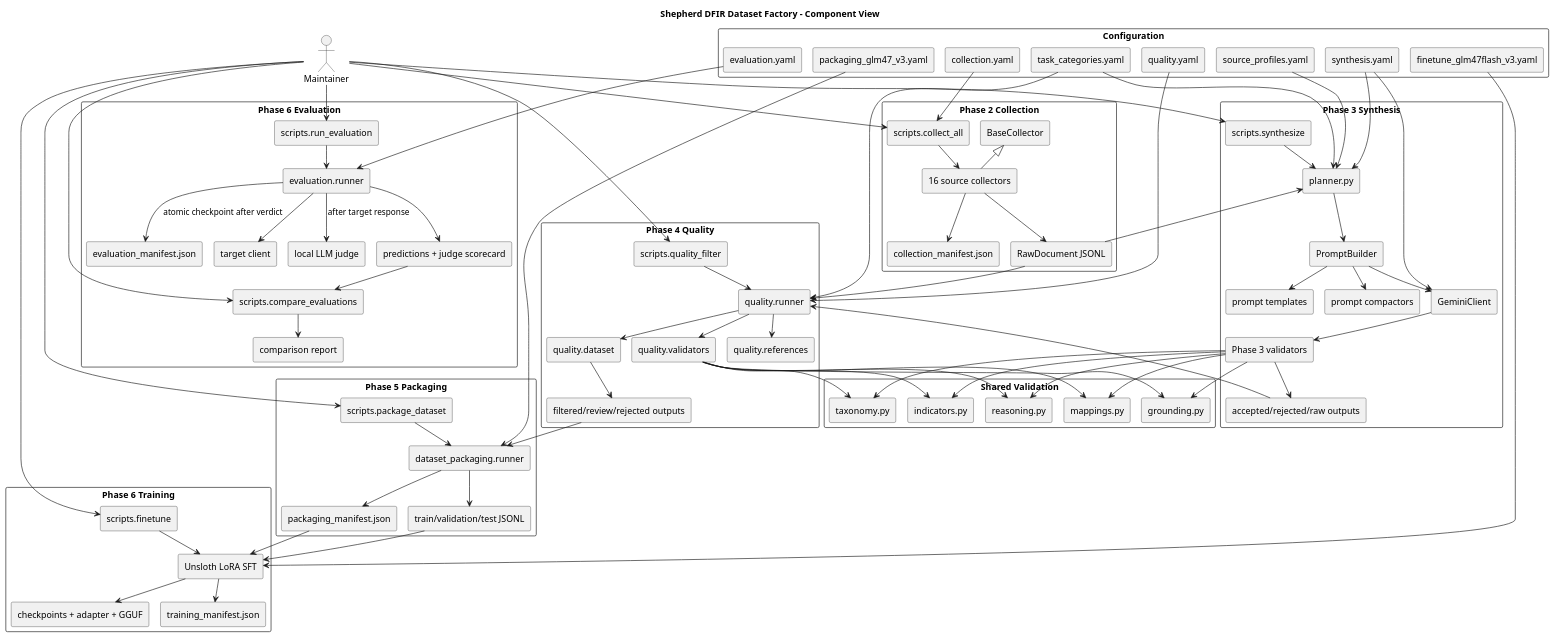
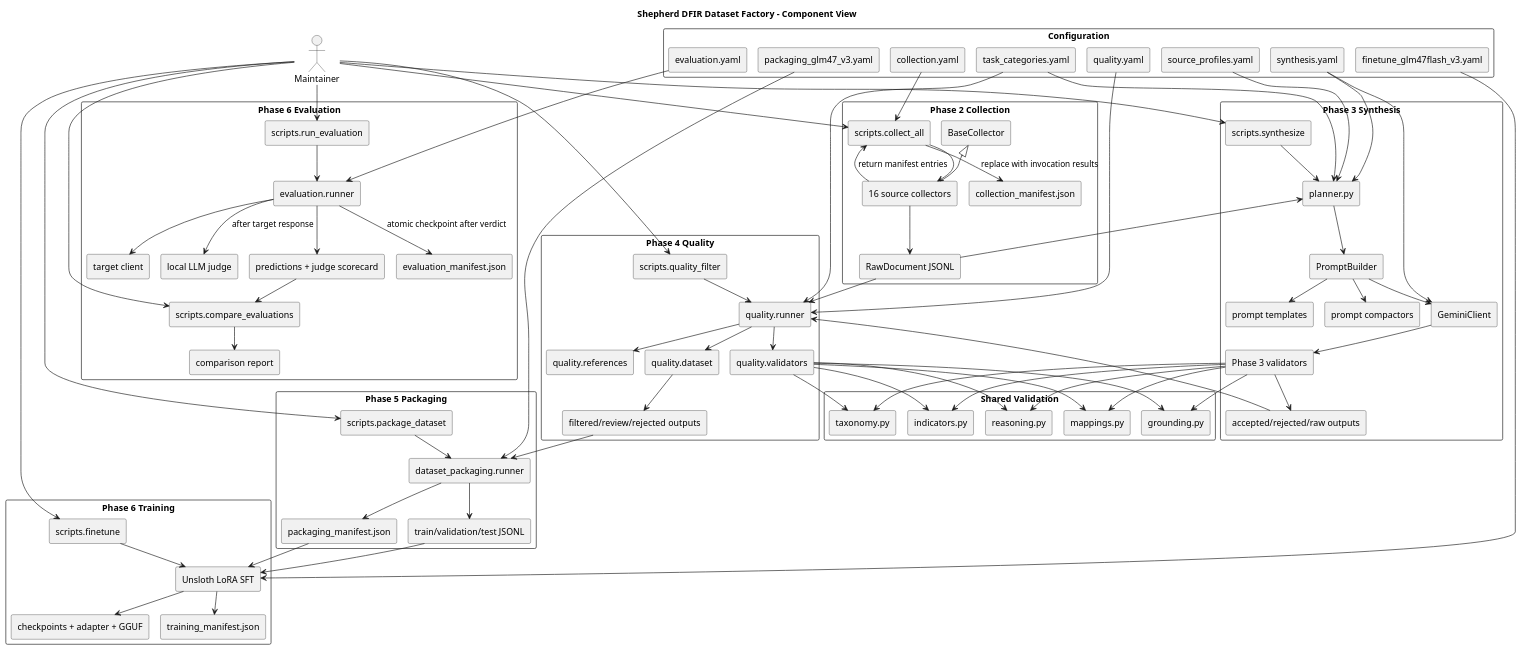
The diagram in docs/diagrams/pipeline-component.puml (darkrelicz/dfir-dataset), drawn with PlantUML before and after one commit. The commit also changed 28 other files, not shown here.

```diff
--- a/docs/diagrams/pipeline-component.puml
+++ b/docs/diagrams/pipeline-component.puml
@@ -1,152 +1,153 @@
 @startuml
 !pragma layout smetana
 title Shepherd DFIR Dataset Factory - Component View
 
 skinparam componentStyle rectangle
 skinparam shadowing false
 skinparam packageStyle rectangle
 
 actor "Maintainer" as Maintainer
 
 package "Configuration" {
   [collection.yaml] as CollectionConfig
   [source_profiles.yaml] as SourceProfiles
   [task_categories.yaml] as TaskConfig
   [synthesis.yaml] as SynthesisConfig
   [quality.yaml] as QualityConfig
   [packaging_glm47_v3.yaml] as PackagingConfig
   [evaluation.yaml] as EvaluationConfig
   [finetune_glm47flash_v3.yaml] as FinetuneConfig
 }
 
 package "Phase 2 Collection" {
   [scripts.collect_all] as CollectCLI
   [BaseCollector] as BaseCollector
   [16 source collectors] as Collectors
   [RawDocument JSONL] as RawJsonl
   [collection_manifest.json] as CollectionManifest
 }
 
 package "Phase 3 Synthesis" {
   [scripts.synthesize] as SynthesizeCLI
   [planner.py] as Planner
   [PromptBuilder] as PromptBuilder
   [prompt templates] as PromptTemplates
   [prompt compactors] as Compactors
   [GeminiClient] as Gemini
   [Phase 3 validators] as SynthValidators
   [accepted/rejected/raw outputs] as SynthOutputs
 }
 
 package "Shared Validation" {
   [reasoning.py] as Reasoning
   [grounding.py] as Grounding
   [indicators.py] as Indicators
   [mappings.py] as Mappings
   [taxonomy.py] as Taxonomy
 }
 
 package "Phase 4 Quality" {
   [scripts.quality_filter] as QualityCLI
   [quality.runner] as QualityRunner
   [quality.validators] as QualityValidators
   [quality.dataset] as DatasetGates
   [quality.references] as References
   [filtered/review/rejected outputs] as QualityOutputs
 }
 
 package "Phase 5 Packaging" {
   [scripts.package_dataset] as PackageCLI
   [dataset_packaging.runner] as Packager
   [train/validation/test JSONL] as PackagedSplits
   [packaging_manifest.json] as PackagingManifest
 }
 
 package "Phase 6 Training" {
   [scripts.finetune] as TrainCLI
   [Unsloth LoRA SFT] as Trainer
   [checkpoints + adapter + GGUF] as ModelArtifacts
   [training_manifest.json] as TrainingManifest
 }
 
 package "Phase 6 Evaluation" {
   [scripts.run_evaluation] as EvaluateCLI
   [evaluation.runner] as EvaluationRunner
   [target client] as TargetClient
   [local LLM judge] as Judge
   [predictions + judge scorecard] as EvaluationOutputs
   [evaluation_manifest.json] as EvaluationManifest
   [scripts.compare_evaluations] as CompareCLI
   [comparison report] as ComparisonReport
 }
 
 Maintainer --> CollectCLI
 Maintainer --> SynthesizeCLI
 Maintainer --> QualityCLI
 Maintainer --> PackageCLI
 Maintainer --> TrainCLI
 Maintainer --> EvaluateCLI
 Maintainer --> CompareCLI
 
 CollectionConfig --> CollectCLI
 CollectCLI --> Collectors
 Collectors -up-|> BaseCollector
 Collectors --> RawJsonl
-Collectors --> CollectionManifest
+Collectors --> CollectCLI : return manifest entries
+CollectCLI --> CollectionManifest : replace with invocation results
 
 SourceProfiles --> Planner
 TaskConfig --> Planner
 SynthesisConfig --> Planner
 SynthesisConfig --> Gemini
 SynthesizeCLI --> Planner
 Planner --> PromptBuilder
 PromptBuilder --> PromptTemplates
 PromptBuilder --> Compactors
 PromptBuilder --> Gemini
 Gemini --> SynthValidators
 SynthValidators --> SynthOutputs
 SynthValidators --> Reasoning
 SynthValidators --> Grounding
 SynthValidators --> Indicators
 SynthValidators --> Mappings
 SynthValidators --> Taxonomy
 RawJsonl --> Planner
 
 QualityConfig --> QualityRunner
 TaskConfig --> QualityRunner
 QualityCLI --> QualityRunner
 SynthOutputs --> QualityRunner
 RawJsonl --> QualityRunner
 QualityRunner --> References
 QualityRunner --> QualityValidators
 QualityValidators --> Reasoning
 QualityValidators --> Grounding
 QualityValidators --> Indicators
 QualityValidators --> Mappings
 QualityValidators --> Taxonomy
 QualityRunner --> DatasetGates
 DatasetGates --> QualityOutputs
 
 PackagingConfig --> Packager
 PackageCLI --> Packager
 QualityOutputs --> Packager
 Packager --> PackagedSplits
 Packager --> PackagingManifest
 
 FinetuneConfig --> Trainer
 TrainCLI --> Trainer
 PackagedSplits --> Trainer
 PackagingManifest --> Trainer
 Trainer --> ModelArtifacts
 Trainer --> TrainingManifest
 
 EvaluationConfig --> EvaluationRunner
 EvaluateCLI --> EvaluationRunner
 EvaluationRunner --> TargetClient
 EvaluationRunner --> Judge: after target response
 EvaluationRunner --> EvaluationOutputs
 EvaluationRunner --> EvaluationManifest: atomic checkpoint after verdict
 EvaluationOutputs --> CompareCLI
 CompareCLI --> ComparisonReport
 
 @enduml
```
